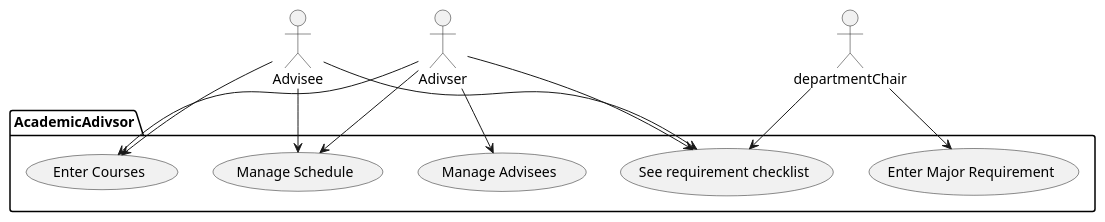
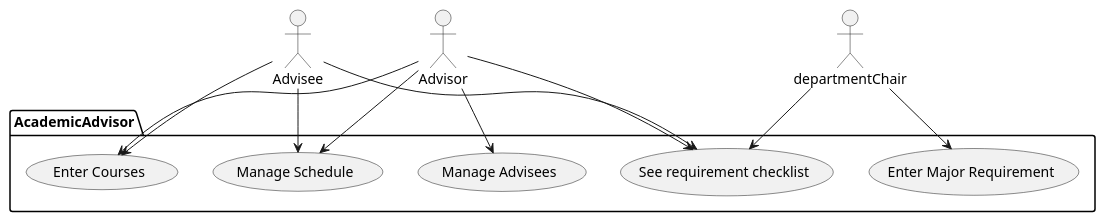
Before and after one commit to Jofosu/professor-student-advising-app: the diagram in IntelliJ/Doc/use-cases/uml.puml, drawn with PlantUML. The commit also changed 3 other files, not shown here.

````diff
--- a/IntelliJ/Doc/use-cases/uml.puml
+++ b/IntelliJ/Doc/use-cases/uml.puml
@@ -1,20 +1,20 @@
 @startuml
 
-package "AcademicAdivsor"{
-  (See requirement checklist) as (check-major-requirments)
+package "AcademicAdvisor"{
+  (See requirement checklist) as (check-major-requirements)
   (Enter Courses) as (enter-courses)
   (Manage Advisees) as (manage-advisees)
   (Manage Schedule) as (scheduling)
   (Enter Major Requirement) as (enter-major-requirement)
 }
 
-Advisee --> (check-major-requirments)
-Adivser --> (check-major-requirments)
-departmentChair --> (check-major-requirments)
+Advisee --> (check-major-requirements)
+Advisor --> (check-major-requirements)
+departmentChair --> (check-major-requirements)
 departmentChair --> (enter-major-requirement)
 Advisee --> (enter-courses)
-Adivser --> (enter-courses)
+Advisor --> (enter-courses)
 Advisee --> (scheduling)
-Adivser --> (scheduling)
-Adivser --> (manage-advisees)
+Advisor --> (scheduling)
+Advisor --> (manage-advisees)
 @enduml ```
````
